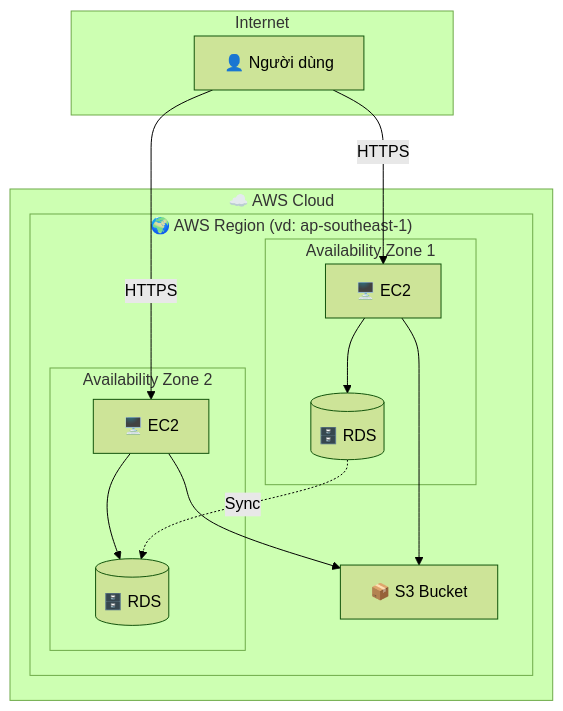
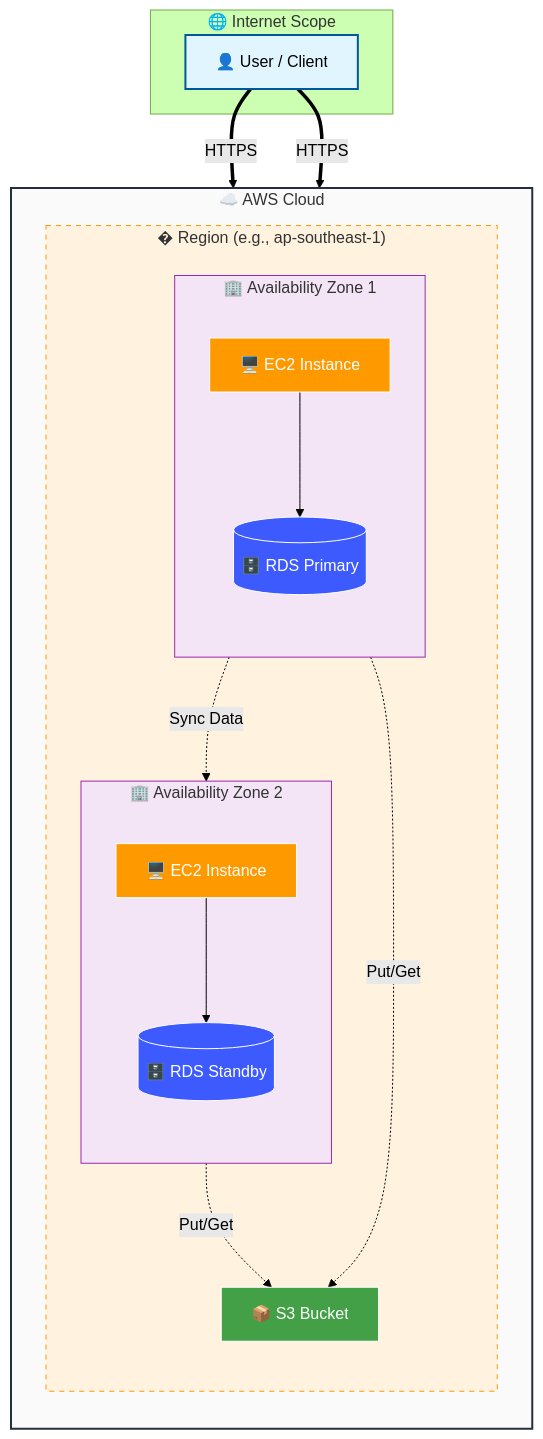
Before and after one commit to tietvinhphu/AWS-Journey: the first of 7 diagrams in Session-01-☁️ NỀN TẢNG ĐÁM MÂY AWS/README.md, drawn with Mermaid (forest theme).

Commit message:
Please provide the file changes (diffs) for me to summarize.

````diff
--- a/Session-01-☁️ NỀN TẢNG ĐÁM MÂY AWS/README.md
+++ b/Session-01-☁️ NỀN TẢNG ĐÁM MÂY AWS/README.md
@@ -45,28 +45,57 @@
 ```mermaid
 flowchart TB
-    subgraph Internet
-        User[👤 Người dùng]
+    %% Style Definitions
+    classDef user fill:#e1f5fe,stroke:#01579b,stroke-width:2px;
+    classDef aws fill:#fafafa,stroke:#232f3e,stroke-width:2px;
+    classDef region fill:#fff3e0,stroke:#ff9800,stroke-dasharray: 5 5;
+    classDef az fill:#f3e5f5,stroke:#9c27b0,stroke-width:1px;
+    classDef compute fill:#ff9900,stroke:#fff,stroke-width:1px,color:white;
+    classDef database fill:#3d5afe,stroke:#fff,stroke-width:1px,color:white;
+    classDef storage fill:#43a047,stroke:#fff,stroke-width:1px,color:white;
+
+    subgraph Internet["🌐 Internet Scope"]
+        User["👤 User / Client"]:::user
     end
 
-    subgraph AWS_Cloud["☁️ AWS Cloud"]
-        subgraph Region["🌍 AWS Region (vd: ap-southeast-1)"]
-            subgraph AZ1["Availability Zone 1"]
-                EC2_1[🖥️ EC2]
-                RDS_1[(🗄️ RDS)]
+    subgraph AWS["☁️ AWS Cloud"]
+        direction TB
+        
+        subgraph Region["� Region (e.g., ap-southeast-1)"]
+            direction TB
+            
+            subgraph AZ1["🏢 Availability Zone 1"]
+                direction TB
+                EC2_1["🖥️ EC2 Instance"]:::compute
+                RDS_1[("🗄️ RDS Primary")]:::database
             end
-            subgraph AZ2["Availability Zone 2"]
-                EC2_2[🖥️ EC2]
-                RDS_2[(🗄️ RDS)]
+            
+            subgraph AZ2["🏢 Availability Zone 2"]
+                direction TB
+                EC2_2["🖥️ EC2 Instance"]:::compute
+                RDS_2[("🗄️ RDS Standby")]:::database
             end
-            S3[📦 S3 Bucket]
+            
+            S3["📦 S3 Bucket"]:::storage
         end
     end
 
-    User -->|HTTPS| EC2_1
-    User -->|HTTPS| EC2_2
+    %% Routing
+    User ==>|HTTPS| EC2_1
+    User ==>|HTTPS| EC2_2
+    
+    %% Internal Connections
     EC2_1 --> RDS_1
     EC2_2 --> RDS_2
-    EC2_1 --> S3
-    EC2_2 --> S3
-    RDS_1 -.->|Sync| RDS_2
+    
+    %% Storage Access
+    EC2_1 -.->|Put/Get| S3
+    EC2_2 -.->|Put/Get| S3
+    
+    %% DB Replication
+    RDS_1 -.->|Sync Data| RDS_2
+
+    %% Styling Assigns
+    class AWS aws
+    class Region region
+    class AZ1,AZ2 az
 ```
````
